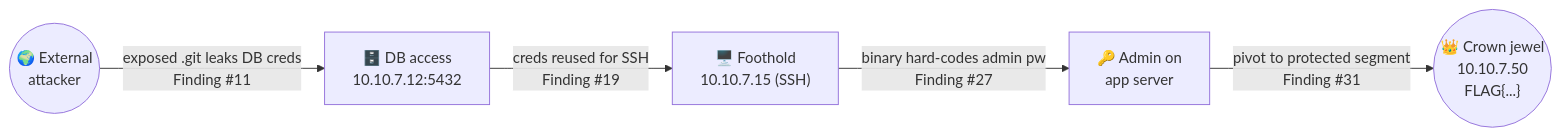
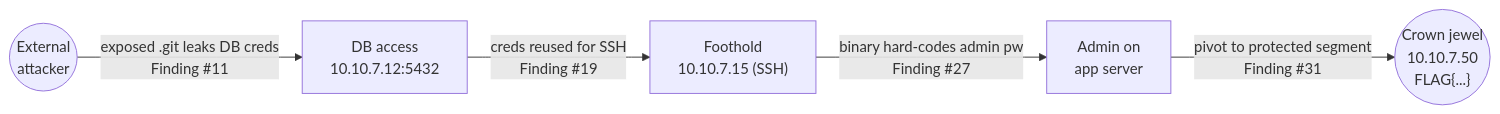
The eighth of 10 diagrams in README.md (hrdk6/Mitigata-Hackathon), drawn with Mermaid before and after one commit. The commit also changed other lines of this file and 2 other files, not shown here.

````diff
--- a/README.md
+++ b/README.md
@@ -497,7 +483,7 @@
 ```mermaid
 flowchart LR
-    EXT(("🌍 External<br/>attacker")) -->|"exposed .git leaks DB creds<br/>Finding #11"| DB["🗄️ DB access<br/>10.10.7.12:5432"]
-    DB -->|"creds reused for SSH<br/>Finding #19"| SSH["🖥️ Foothold<br/>10.10.7.15 (SSH)"]
-    SSH -->|"binary hard-codes admin pw<br/>Finding #27"| ADM["🔑 Admin on<br/>app server"]
-    ADM -->|"pivot to protected segment<br/>Finding #31"| CJ(("👑 Crown jewel<br/>10.10.7.50<br/>FLAG{...}"))
+    EXT(("External<br/>attacker")) -->|"exposed .git leaks DB creds<br/>Finding #11"| DB["DB access<br/>10.10.7.12:5432"]
+    DB -->|"creds reused for SSH<br/>Finding #19"| SSH["Foothold<br/>10.10.7.15 (SSH)"]
+    SSH -->|"binary hard-codes admin pw<br/>Finding #27"| ADM["Admin on<br/>app server"]
+    ADM -->|"pivot to protected segment<br/>Finding #31"| CJ(("Crown jewel<br/>10.10.7.50<br/>FLAG{...}"))
 ```
````
